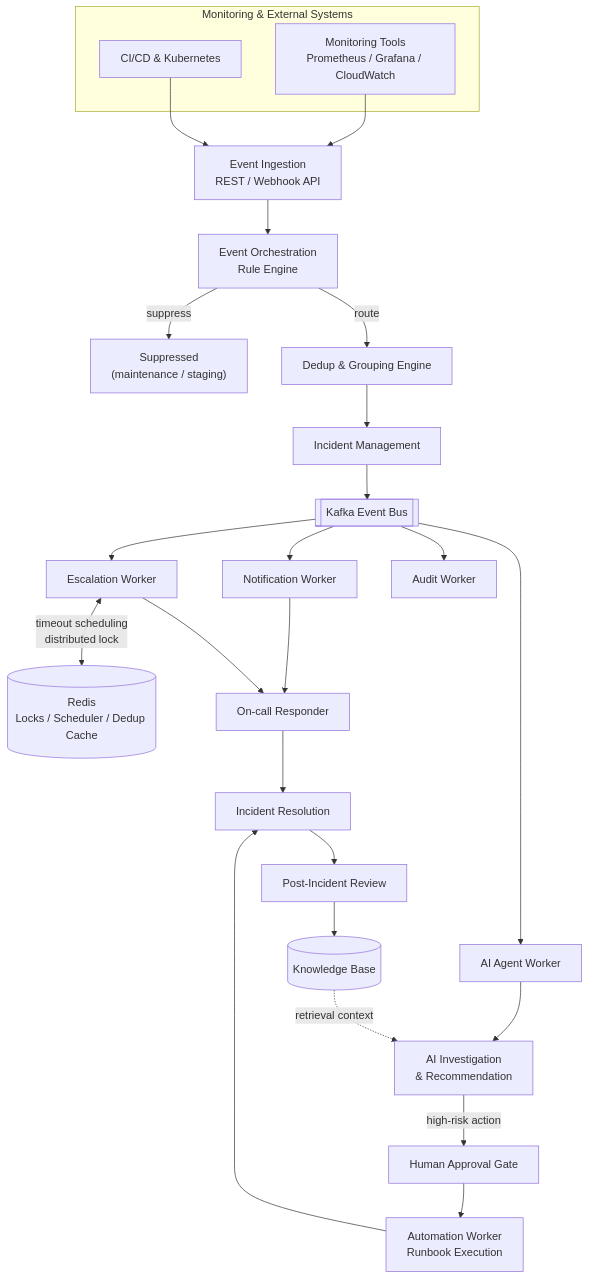
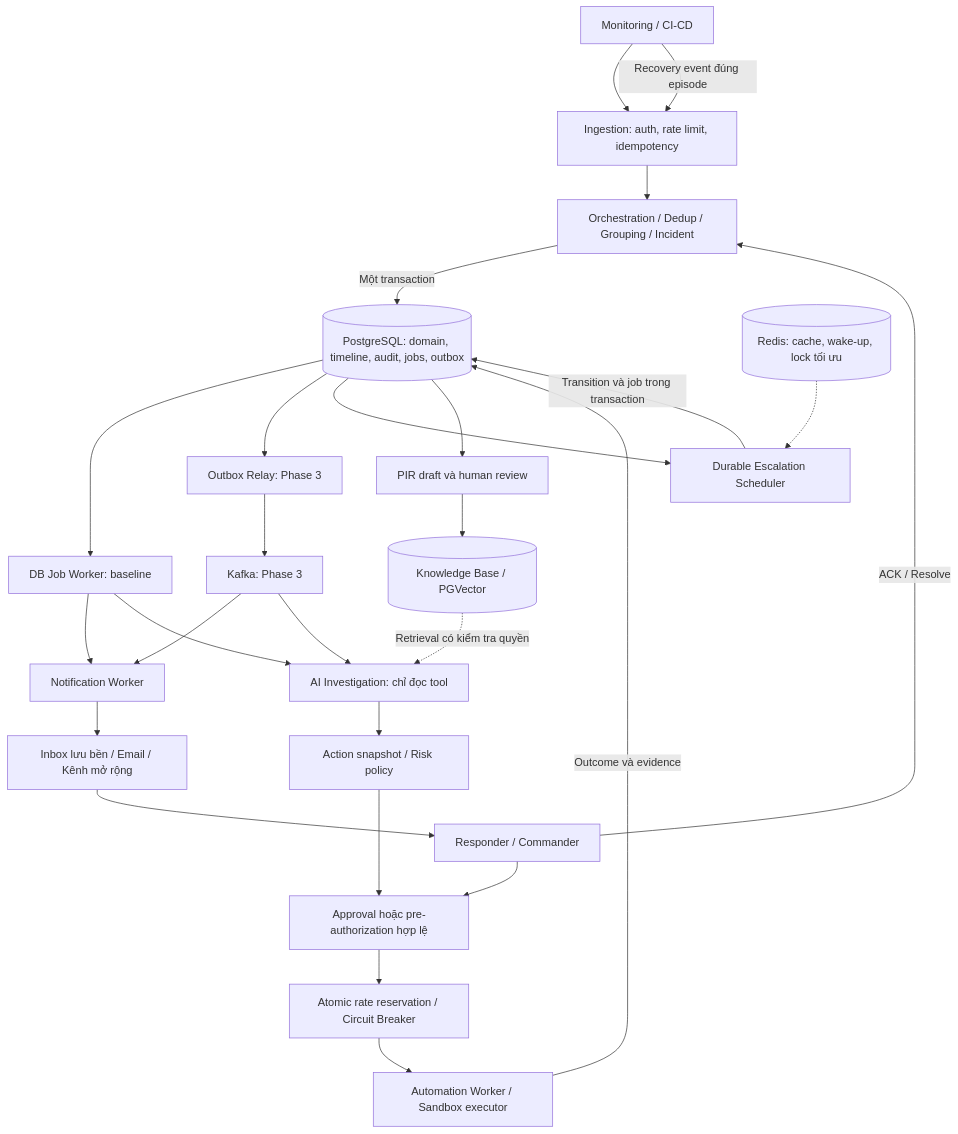
The first of 16 diagrams in README.md (NguyenBao0305/Intelligent-Incident-Reliability-Operations-Platform), drawn with Mermaid before and after one commit. The commit also changed other lines of this file, not shown here.

````diff
--- a/README.md
+++ b/README.md
@@ -80,39 +82,30 @@
 ```mermaid
 flowchart TB
-    subgraph EXT["Monitoring & External Systems"]
-        MON["Monitoring Tools<br/>Prometheus / Grafana / CloudWatch"]
-        CI["CI/CD & Kubernetes"]
-    end
-
-    MON --> ING["Event Ingestion<br/>REST / Webhook API"]
-    CI --> ING
-
-    ING --> ORC["Event Orchestration<br/>Rule Engine"]
-
-    ORC -->|"suppress"| SUP["Suppressed<br/>(maintenance / staging)"]
-    ORC -->|"route"| DEDUP["Dedup & Grouping Engine"]
-
-    DEDUP --> INCMGR["Incident Management"]
-    INCMGR --> BUS[["Kafka Event Bus"]]
-
-    BUS --> NOTIFY["Notification Worker"]
-    BUS --> ESCALATE["Escalation Worker"]
-    BUS --> AI["AI Agent Worker"]
-    BUS --> AUDIT["Audit Worker"]
-
-    REDIS[("Redis<br/>Locks / Scheduler / Dedup Cache")]
-    ESCALATE <-->|"timeout scheduling<br/>distributed lock"| REDIS
-
-    AI --> INVEST["AI Investigation<br/>& Recommendation"]
-    INVEST -->|"high-risk action"| APPROVAL["Human Approval Gate"]
-    APPROVAL --> AUTOMATION["Automation Worker<br/>Runbook Execution"]
-
-    NOTIFY --> RESPONDER["On-call Responder"]
-    ESCALATE --> RESPONDER
-    AUTOMATION --> RESOLVE["Incident Resolution"]
-    RESPONDER --> RESOLVE
-
-    RESOLVE --> PIR["Post-Incident Review"]
-    PIR --> KNOW[("Knowledge Base")]
-    KNOW -.->|"retrieval context"| INVEST
+    MON["Monitoring / CI-CD"] --> ING["Ingestion: auth, rate limit, idempotency"]
+    ING --> DOMAIN["Orchestration / Dedup / Grouping / Incident"]
+    DOMAIN -->|"Một transaction"| PG[("PostgreSQL: domain, timeline, audit, jobs, outbox")]
+    PG --> JOB["DB Job Worker: baseline"]
+    PG --> RELAY["Outbox Relay: Phase 3"]
+    RELAY --> BUS["Kafka: Phase 3"]
+    JOB --> NOTIFY["Notification Worker"]
+    BUS --> NOTIFY
+    JOB --> AI["AI Investigation: chỉ đọc tool"]
+    BUS --> AI
+    PG --> TIMER["Durable Escalation Scheduler"]
+    TIMER -->|"Transition và job trong transaction"| PG
+    REDIS[("Redis: cache, wake-up, lock tối ưu")]
+    REDIS -.-> TIMER
+    NOTIFY --> INBOX["Inbox lưu bền / Email / Kênh mở rộng"]
+    INBOX --> RESP["Responder / Commander"]
+    AI --> ACTION["Action snapshot / Risk policy"]
+    ACTION --> GATE["Approval hoặc pre-authorization hợp lệ"]
+    RESP --> GATE
+    GATE --> LIMIT["Atomic rate reservation / Circuit Breaker"]
+    LIMIT --> AUTO["Automation Worker / Sandbox executor"]
+    AUTO -->|"Outcome và evidence"| PG
+    RESP -->|"ACK / Resolve"| DOMAIN
+    MON -->|"Recovery event đúng episode"| ING
+    PG --> PIR["PIR draft và human review"]
+    PIR --> KB[("Knowledge Base / PGVector")]
+    KB -.->|"Retrieval có kiểm tra quyền"| AI
 ```
````
